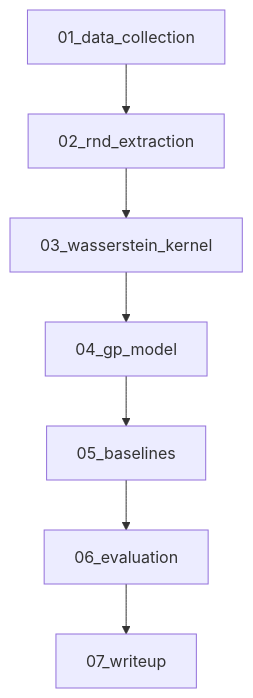
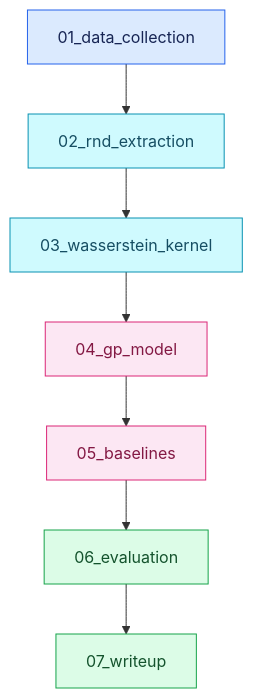
Before and after one commit to itsmilindsahu/WGP-Forecasting-of-RND: the third of 7 diagrams in README.md, drawn with Mermaid. The commit also changed other lines of this file and 3 other files, not shown here.

First line of the commit message:
Add colorful README diagrams and animated illustrations

````diff
--- a/README.md
+++ b/README.md
@@ -40,9 +82,17 @@
 ```mermaid
 flowchart TB
     A01[01_data_collection] --> A02[02_rnd_extraction]
     A02 --> A03[03_wasserstein_kernel]
     A03 --> A04[04_gp_model]
     A04 --> A05[05_baselines]
     A05 --> A06[06_evaluation]
     A06 --> A07[07_writeup]
+    classDef collect fill:#dbeafe,stroke:#2563eb,color:#172554
+    classDef density fill:#cffafe,stroke:#0891b2,color:#164e63
+    classDef model fill:#fce7f3,stroke:#db2777,color:#831843
+    classDef eval fill:#dcfce7,stroke:#16a34a,color:#14532d
+    class A01 collect
+    class A02,A03 density
+    class A04,A05 model
+    class A06,A07 eval
 ```
````
